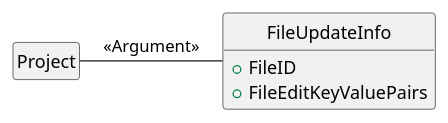
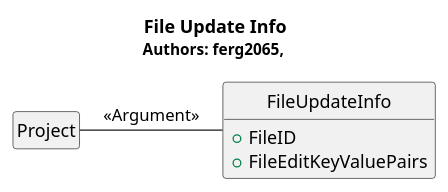
The diagram in hw3/Server/server_fileupdateinfo.pu (voxelv/sQuire_kw), drawn with PlantUML before and after one commit. The commit also changed 19 other files, not shown here.

```diff
--- a/hw3/Server/server_fileupdateinfo.pu
+++ b/hw3/Server/server_fileupdateinfo.pu
@@ -1,15 +1,16 @@
 @startuml
 hide circle
 hide empty members
 
+Title <b>File Update Info</b>\n<size:12>Authors: ferg2065, </size>
+
 class "Project" as sqp
-
 class "FileUpdateInfo" as sqfui{
 	+FileID
 	+FileEditKeyValuePairs
 	}
 
 
 sqp - sqfui : <<Argument>>
 
 @enduml
```
